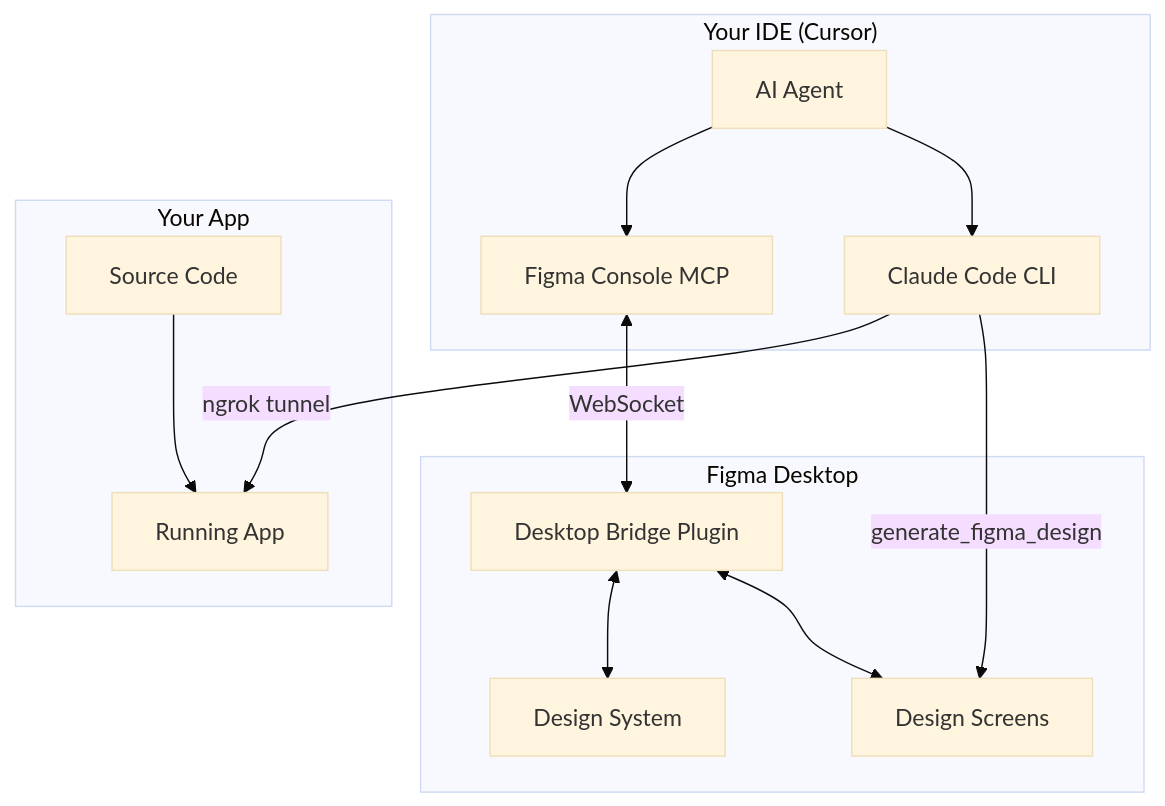
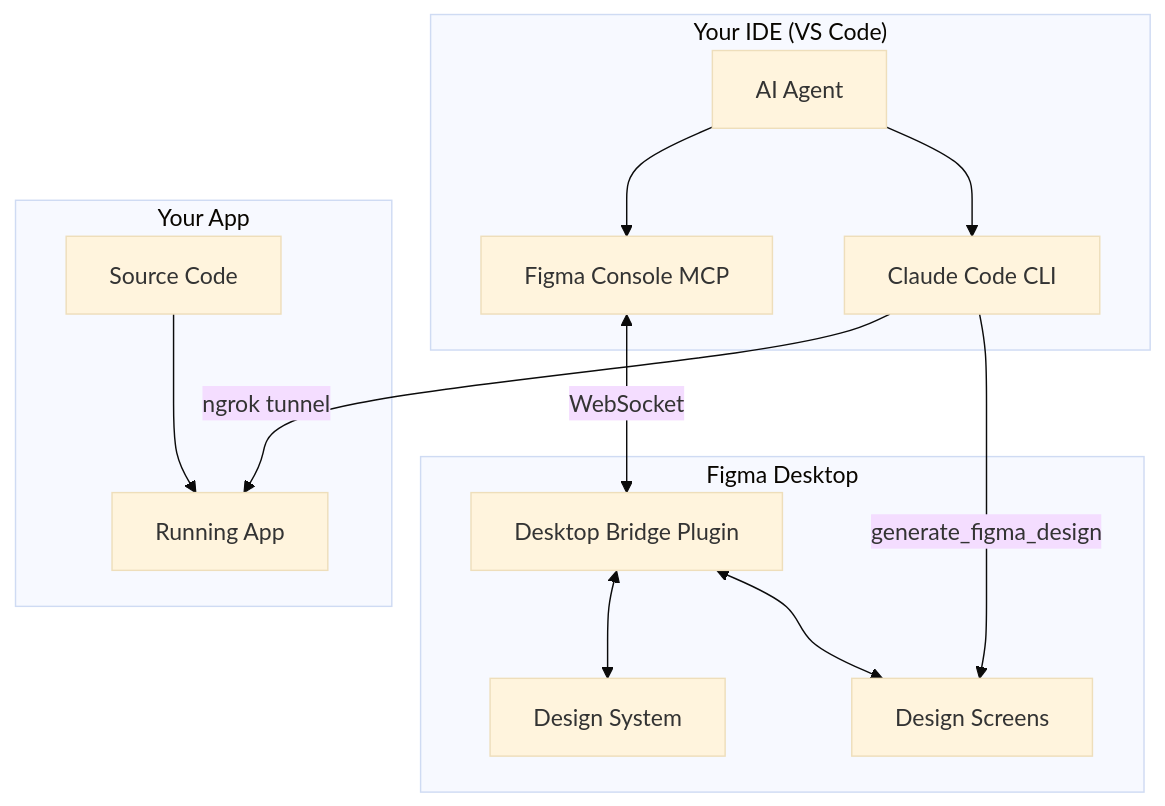
One commit to florian-koppelow/design-code-workflow changed the first of 2 diagrams in docs/WORKFLOW-REFERENCE.md. Above: the diagram before and after it, drawn with Mermaid (base theme). The commit also changed 13 other files, not shown here.

````diff
--- a/docs/WORKFLOW-REFERENCE.md
+++ b/docs/WORKFLOW-REFERENCE.md
@@ -16,28 +16,28 @@
 ```mermaid
 flowchart TB
-    subgraph IDE["Your IDE (Cursor)"]
+    subgraph IDE["Your IDE (VS Code)"]
         Agent["AI Agent"]
         FigmaConsole["Figma Console MCP"]
         ClaudeCode["Claude Code CLI"]
     end
     
     subgraph Figma["Figma Desktop"]
         Plugin["Desktop Bridge Plugin"]
         DS["Design System"]
         Screens["Design Screens"]
     end
     
     subgraph App["Your App"]
         Code["Source Code"]
         WebApp["Running App"]
     end
     
     Agent --> FigmaConsole
     Agent --> ClaudeCode
     FigmaConsole <-->|"WebSocket"| Plugin
     Plugin <--> DS
     Plugin <--> Screens
     ClaudeCode -->|"ngrok tunnel"| WebApp
     ClaudeCode -->|"generate_figma_design"| Screens
     Code --> WebApp
 ```
````
